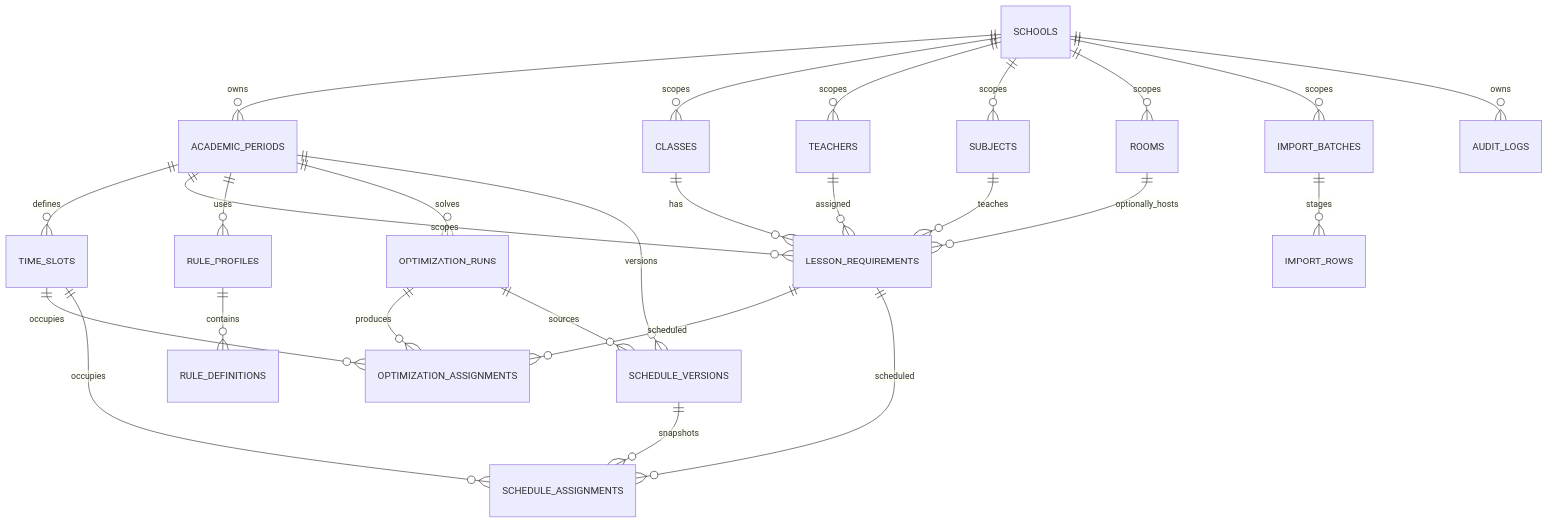
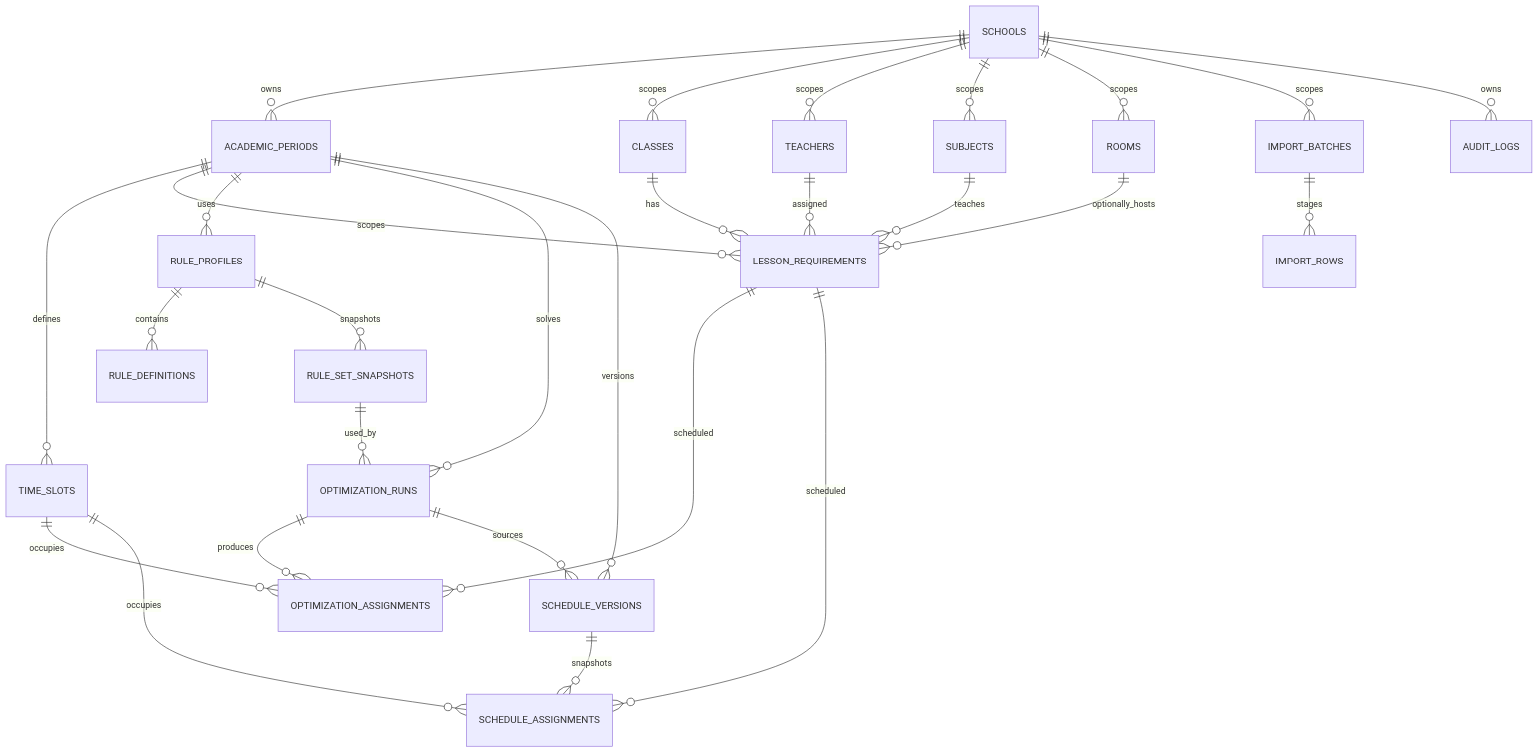
Before and after one commit to TDKhanhMinh/Schedule: the diagram in docs/database-domain-model.md, drawn with Mermaid. The commit also changed other lines of this file and 20 other files, not shown here.

Commit message:
feat(rules): add versioned rule snapshots

````diff
--- a/docs/database-domain-model.md
+++ b/docs/database-domain-model.md
@@ -38,28 +38,30 @@
 ```mermaid
 erDiagram
     SCHOOLS ||--o{ ACADEMIC_PERIODS : owns
     SCHOOLS ||--o{ CLASSES : scopes
     SCHOOLS ||--o{ TEACHERS : scopes
     SCHOOLS ||--o{ SUBJECTS : scopes
     SCHOOLS ||--o{ ROOMS : scopes
     ACADEMIC_PERIODS ||--o{ TIME_SLOTS : defines
     ACADEMIC_PERIODS ||--o{ LESSON_REQUIREMENTS : scopes
     CLASSES ||--o{ LESSON_REQUIREMENTS : has
     SUBJECTS ||--o{ LESSON_REQUIREMENTS : teaches
     TEACHERS ||--o{ LESSON_REQUIREMENTS : assigned
     ROOMS ||--o{ LESSON_REQUIREMENTS : optionally_hosts
     ACADEMIC_PERIODS ||--o{ RULE_PROFILES : uses
     RULE_PROFILES ||--o{ RULE_DEFINITIONS : contains
+    RULE_PROFILES ||--o{ RULE_SET_SNAPSHOTS : snapshots
+    RULE_SET_SNAPSHOTS ||--o{ OPTIMIZATION_RUNS : used_by
     ACADEMIC_PERIODS ||--o{ OPTIMIZATION_RUNS : solves
     OPTIMIZATION_RUNS ||--o{ OPTIMIZATION_ASSIGNMENTS : produces
     LESSON_REQUIREMENTS ||--o{ OPTIMIZATION_ASSIGNMENTS : scheduled
     TIME_SLOTS ||--o{ OPTIMIZATION_ASSIGNMENTS : occupies
     ACADEMIC_PERIODS ||--o{ SCHEDULE_VERSIONS : versions
     OPTIMIZATION_RUNS ||--o{ SCHEDULE_VERSIONS : sources
     SCHEDULE_VERSIONS ||--o{ SCHEDULE_ASSIGNMENTS : snapshots
     LESSON_REQUIREMENTS ||--o{ SCHEDULE_ASSIGNMENTS : scheduled
     TIME_SLOTS ||--o{ SCHEDULE_ASSIGNMENTS : occupies
     SCHOOLS ||--o{ IMPORT_BATCHES : scopes
     IMPORT_BATCHES ||--o{ IMPORT_ROWS : stages
     SCHOOLS ||--o{ AUDIT_LOGS : owns
 ```
````
